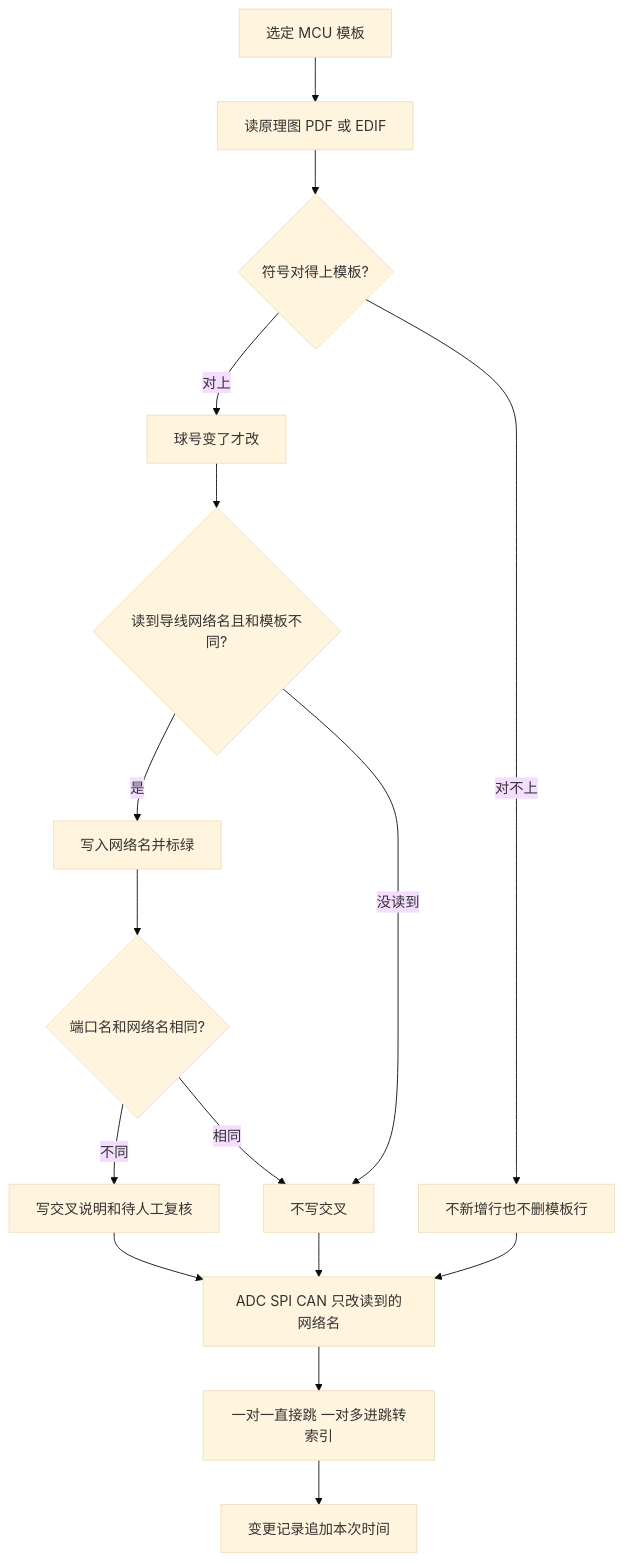
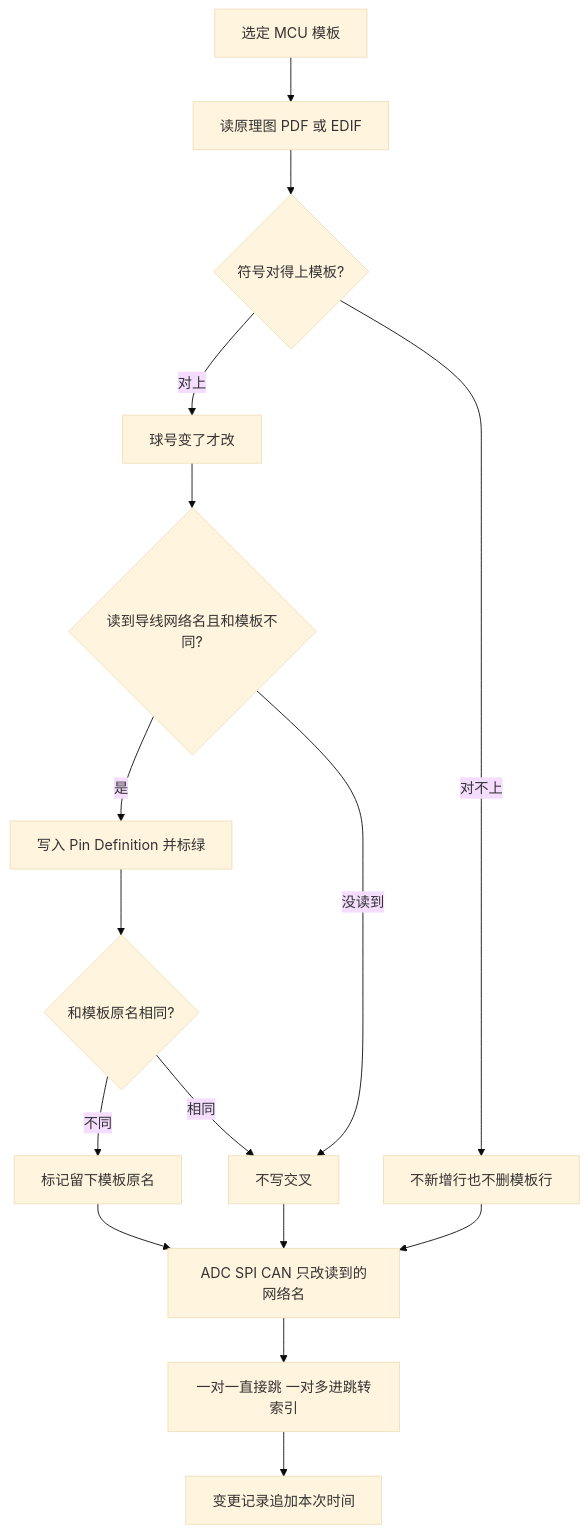
Before and after one commit to wang049/qibiao: the first of 4 diagrams in docs/出表流程.md, drawn with Mermaid (base theme). The commit also changed other lines of this file and 16 other files, not shown here.

Commit message:
有原理图时把导线名写入 Pin Definition，并去掉星驱专列、黄粉底和分页预览，死区和 3041 仍可改。没有原理图时 Function 按手册分类，通用口算 GPIO，不把复用里的 CAN、PWM 算成专用类。

````diff
--- a/docs/出表流程.md
+++ b/docs/出表流程.md
@@ -7,18 +7,18 @@
 ```mermaid
 flowchart TD
   A[选定 MCU 模板] --> B[读原理图 PDF 或 EDIF]
   B --> C{符号对得上模板?}
   C -->|对上| D[球号变了才改]
   D --> E{读到导线网络名且和模板不同?}
-  E -->|是| F[写入网络名并标绿]
-  F --> G{端口名和网络名相同?}
-  G -->|不同| H[写交叉说明和待人工复核]
+  E -->|是| F[写入 Pin Definition 并标绿]
+  F --> G{和模板原名相同?}
+  G -->|不同| H[标记留下模板原名]
   G -->|相同| I[不写交叉]
   E -->|没读到| I
   C -->|对不上| J[不新增行也不删模板行]
   H --> K[ADC SPI CAN 只改读到的网络名]
   I --> K
   J --> K
   K --> L[一对一直接跳 一对多进跳转索引]
   L --> M[变更记录追加本次时间]
 ```
````
